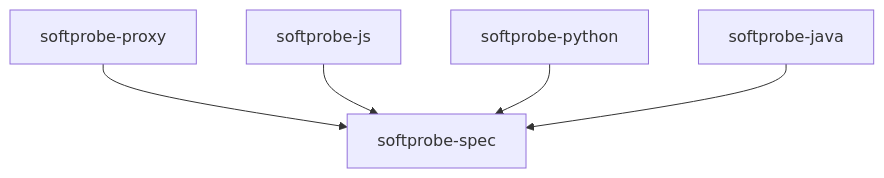
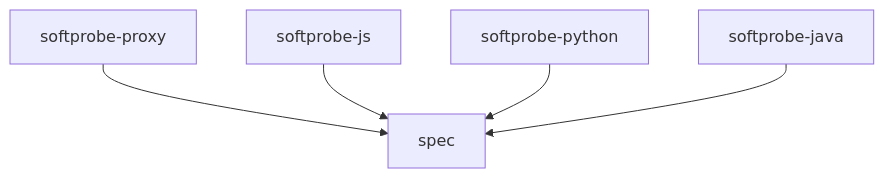
Before and after one commit to softprobe/hybrid: the diagram in softprobe-js/design-multi-repo-layout.md, drawn with Mermaid. The commit also changed other lines of this file and 153 other files, not shown here.

````diff
--- a/softprobe-js/design-multi-repo-layout.md
+++ b/softprobe-js/design-multi-repo-layout.md
@@ -145,13 +145,13 @@
 ```mermaid
 flowchart TD
-  Spec[softprobe-spec]
+  Spec[spec]
   Proxy[softprobe-proxy]
   JS[softprobe-js]
   Py[softprobe-python]
   Java[softprobe-java]
 
   Proxy --> Spec
   JS --> Spec
   Py --> Spec
   Java --> Spec
 ```
````
